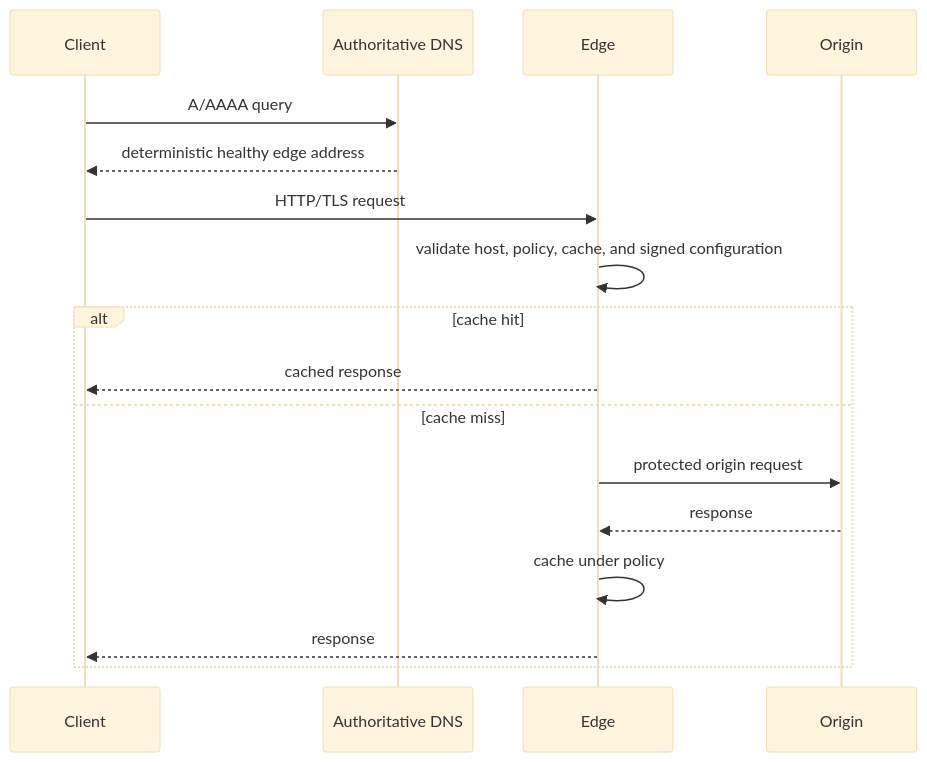
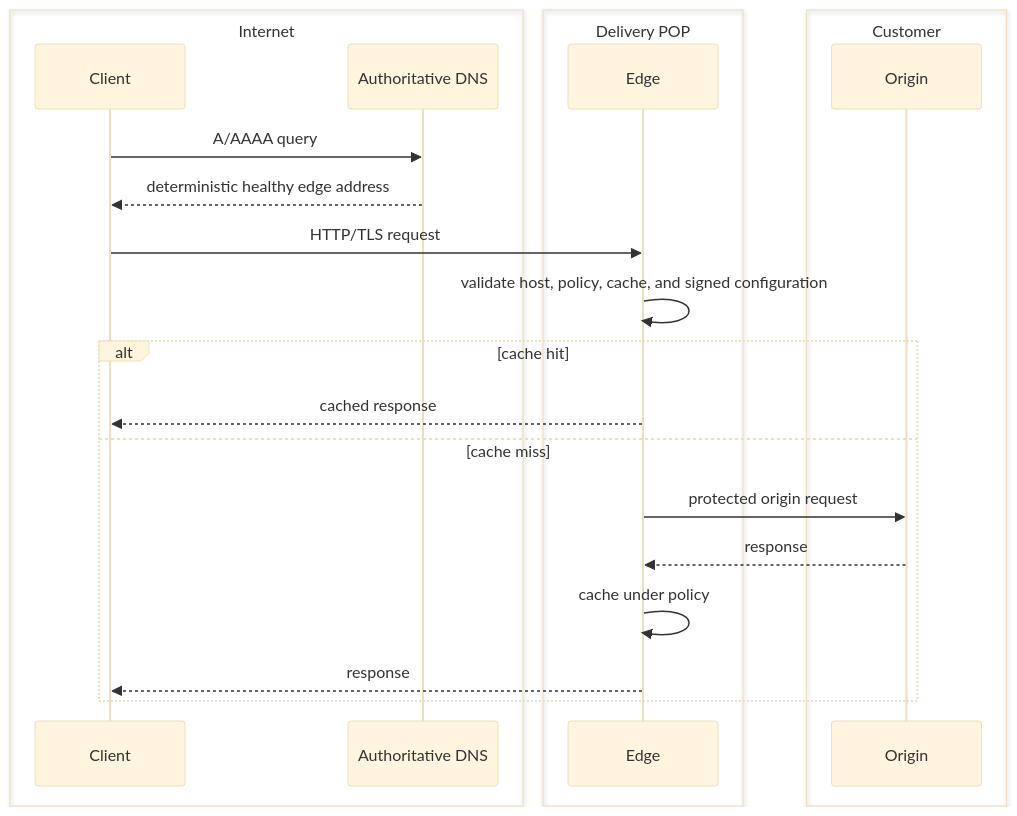
One commit to vaheed/CDNFoundry changed the third of 7 diagrams in docs/deployment/production-fleet.md. Above: the diagram before and after it, drawn with Mermaid (base theme). The commit also changed other lines of this file and 24 other files, not shown here.

````diff
--- a/docs/deployment/production-fleet.md
+++ b/docs/deployment/production-fleet.md
@@ -73,19 +74,25 @@
 ```mermaid
 sequenceDiagram
-    participant Client
-    participant DNS as Authoritative DNS
-    participant Edge
-    participant Origin
+    box Internet
+      participant Client
+      participant DNS as Authoritative DNS
+    end
+    box Delivery POP
+      participant Edge
+    end
+    box Customer
+      participant Origin
+    end
     Client->>DNS: A/AAAA query
     DNS-->>Client: deterministic healthy edge address
     Client->>Edge: HTTP/TLS request
     Edge->>Edge: validate host, policy, cache, and signed configuration
     alt cache hit
         Edge-->>Client: cached response
     else cache miss
         Edge->>Origin: protected origin request
         Origin-->>Edge: response
         Edge->>Edge: cache under policy
         Edge-->>Client: response
     end
 ```
````
